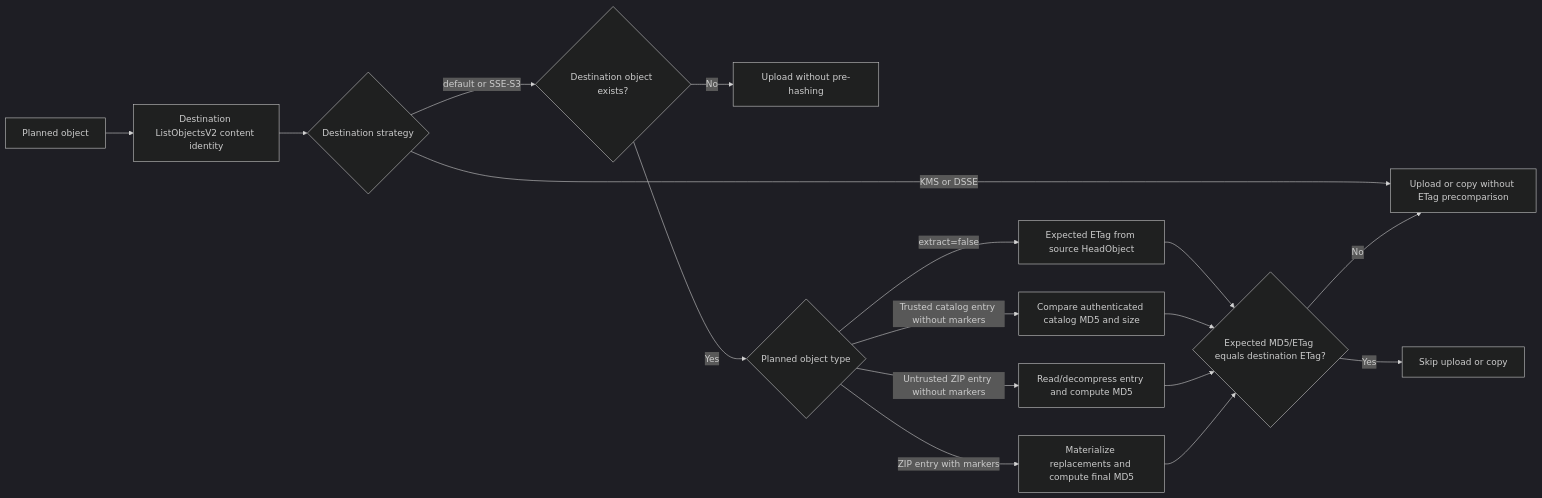
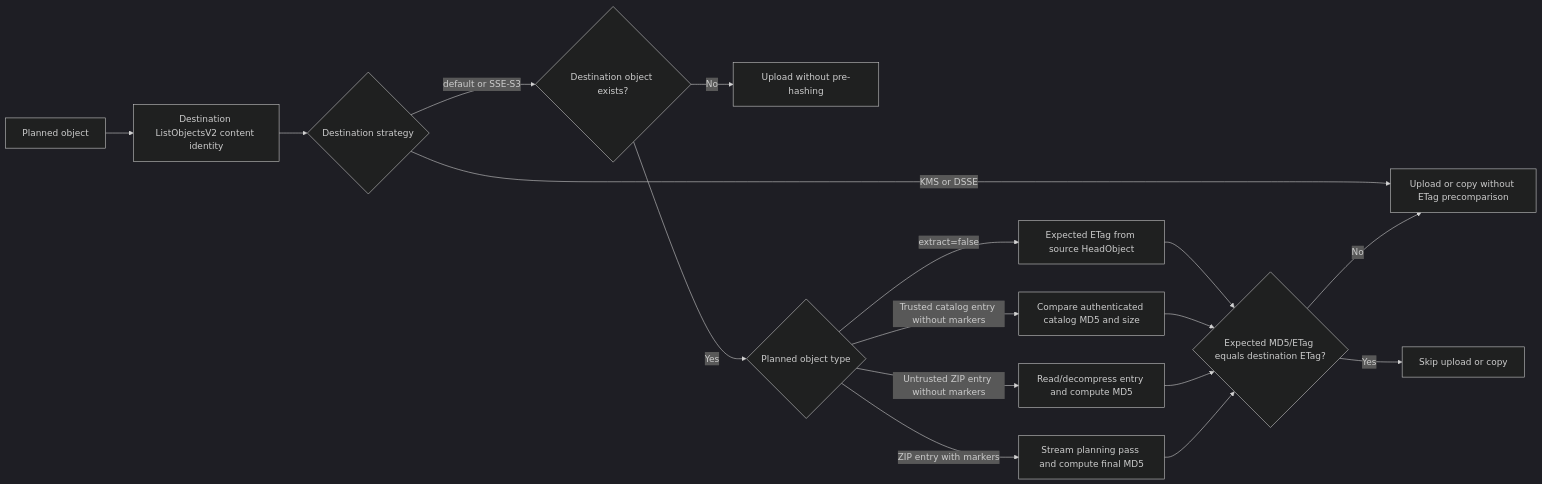
The second of 2 diagrams in docs/architecture.md (garysassano/shin-bucket-deployment), drawn with Mermaid (dark theme) before and after one commit. The commit also changed other lines of this file and 22 other files, not shown here.

````diff
--- a/docs/architecture.md
+++ b/docs/architecture.md
@@ -307,19 +308,19 @@
 ```mermaid
 flowchart LR
   A["Planned object"] --> B["Destination ListObjectsV2 content identity"]
   B --> C{"Destination strategy"}
   C -->|"KMS or DSSE"| K["Upload or copy without ETag precomparison"]
   C -->|"default or SSE-S3"| D{"Destination object exists?"}
   D -->|No| E["Upload without pre-hashing"]
   D -->|Yes| F{"Planned object type"}
   F -->|"extract=false"| G["Expected ETag from source HeadObject"]
   F -->|"Trusted catalog entry without markers"| H["Compare authenticated catalog MD5 and size"]
   F -->|"Untrusted ZIP entry without markers"| I["Read/decompress entry and compute MD5"]
-  F -->|"ZIP entry with markers"| J["Materialize replacements and compute final MD5"]
+  F -->|"ZIP entry with markers"| J["Stream planning pass and compute final MD5"]
   G --> L{"Expected MD5/ETag equals destination ETag?"}
   H --> L
   I --> L
   J --> L
   L -->|Yes| M["Skip upload or copy"]
   L -->|No| K
 ```
````
